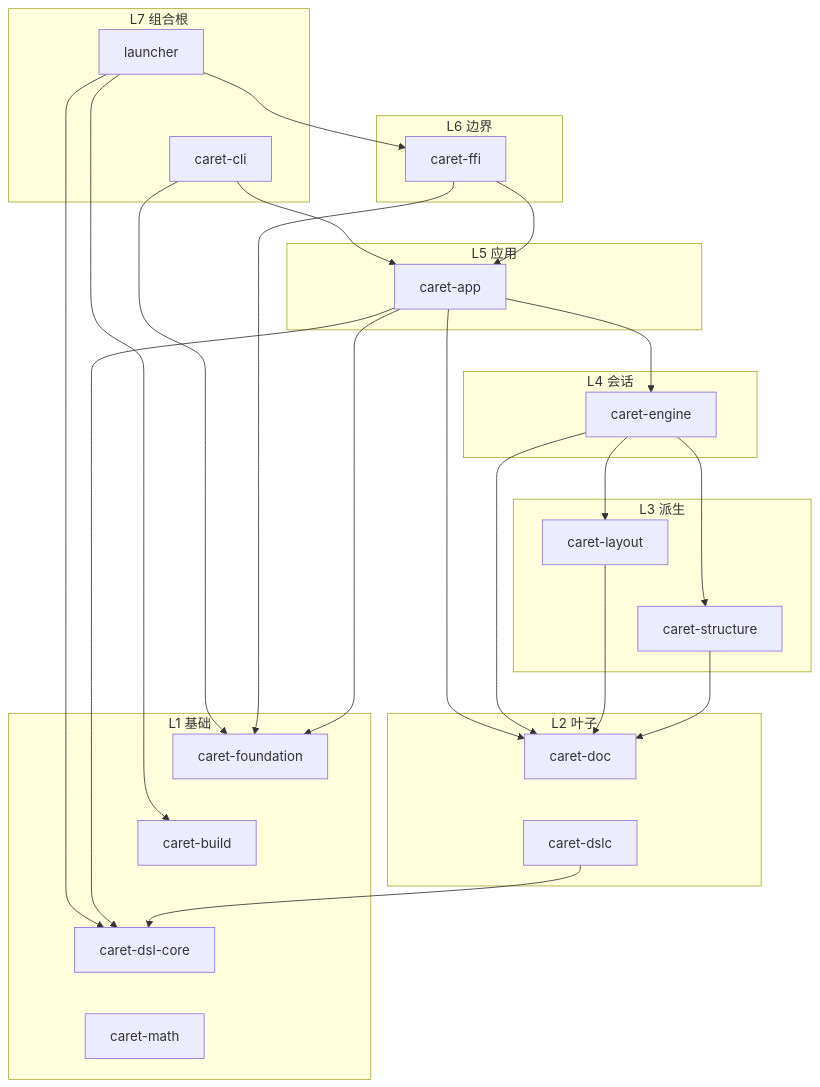
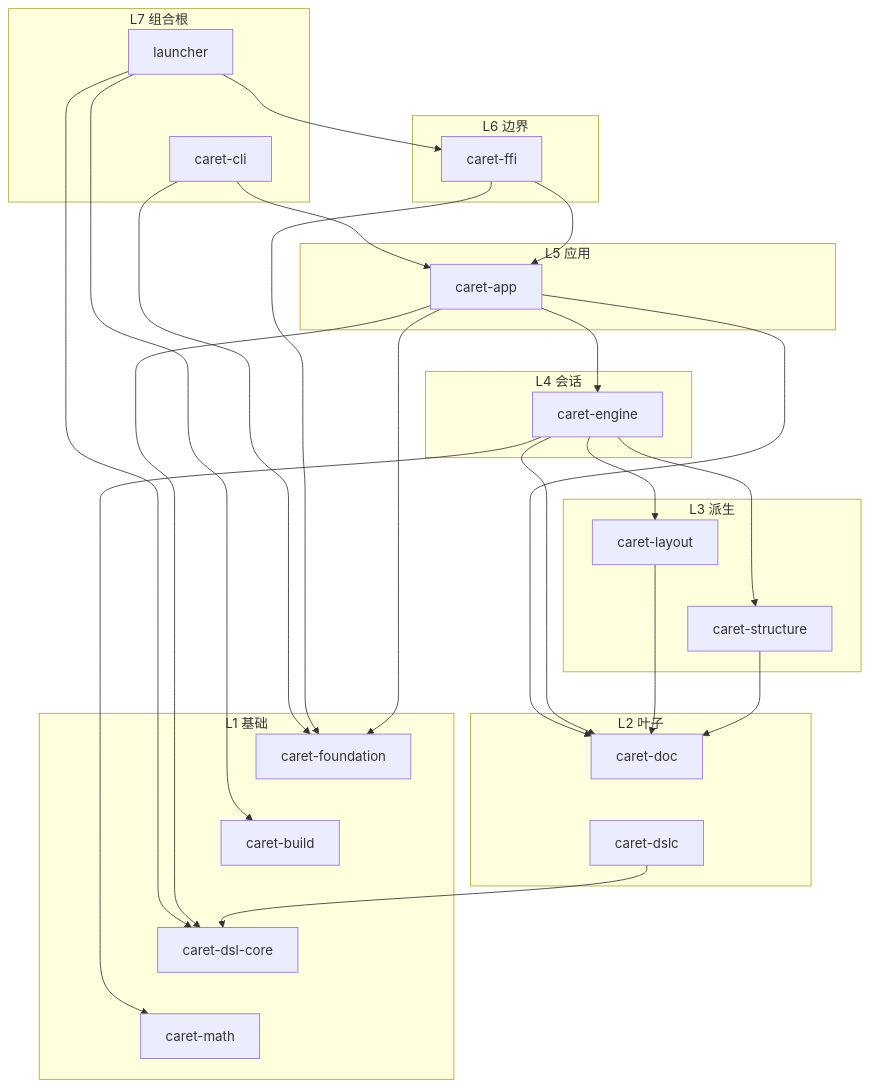
The first of 2 diagrams in ai-docs/standards/layering/dependency-graphs.md (VibeSTEM/caret), drawn with Mermaid before and after one commit. The commit also changed 19 other files, not shown here.

Commit message:
feat(math): import parser syntax into document schema

````diff
--- a/ai-docs/standards/layering/dependency-graphs.md
+++ b/ai-docs/standards/layering/dependency-graphs.md
@@ -5,54 +5,55 @@
 ```mermaid
 flowchart TB
   subgraph L7["L7 组合根"]
     launcher["launcher"]
     cli["caret-cli"]
   end
   subgraph L6["L6 边界"]
     ffi["caret-ffi"]
   end
   subgraph L5["L5 应用"]
     app["caret-app"]
   end
   subgraph L4["L4 会话"]
     engine["caret-engine"]
   end
   subgraph L3["L3 派生"]
     layout["caret-layout"]
     structure["caret-structure"]
   end
   subgraph L2["L2 叶子"]
     doc["caret-doc"]
     dslc["caret-dslc"]
   end
   subgraph L1["L1 基础"]
     foundation["caret-foundation"]
     build["caret-build"]
     dslcore["caret-dsl-core"]
     math["caret-math"]
   end
 
   launcher --> ffi
   launcher --> build
   launcher --> dslcore
   cli --> app
   cli --> foundation
   launcher ~~~ cli
   ffi --> app
   ffi --> foundation
   app --> engine
   app --> dslcore
   app --> doc
   app --> foundation
   engine --> doc
+  engine --> math
   engine --> layout
   engine --> structure
   layout --> doc
   structure --> doc
   dslc --> dslcore
   layout ~~~ structure
   doc ~~~ dslc
   foundation ~~~ build
   build ~~~ dslcore
   dslcore ~~~ math
 ```
````
